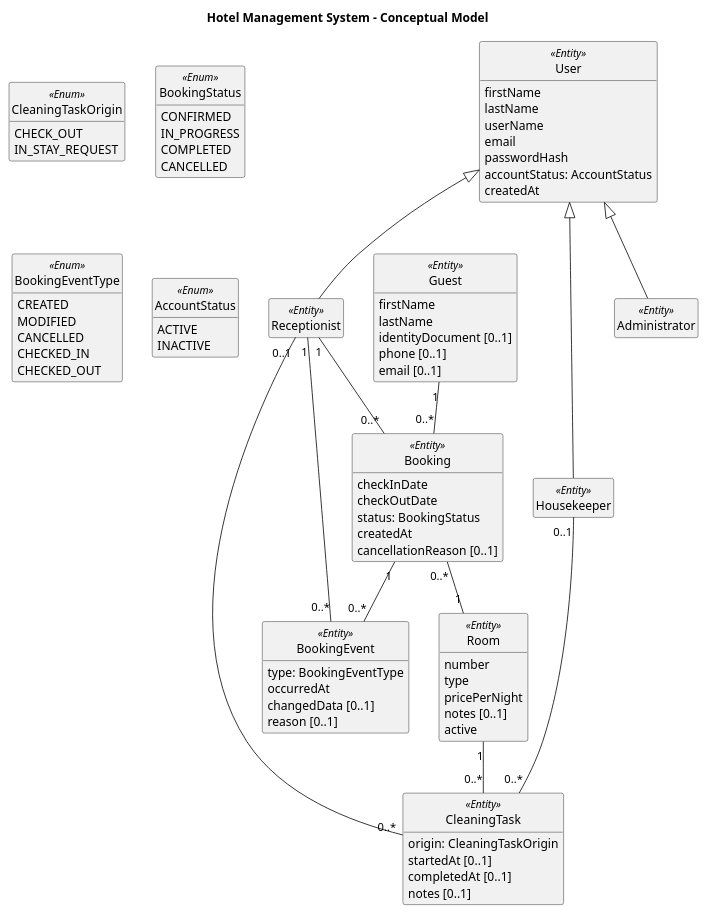
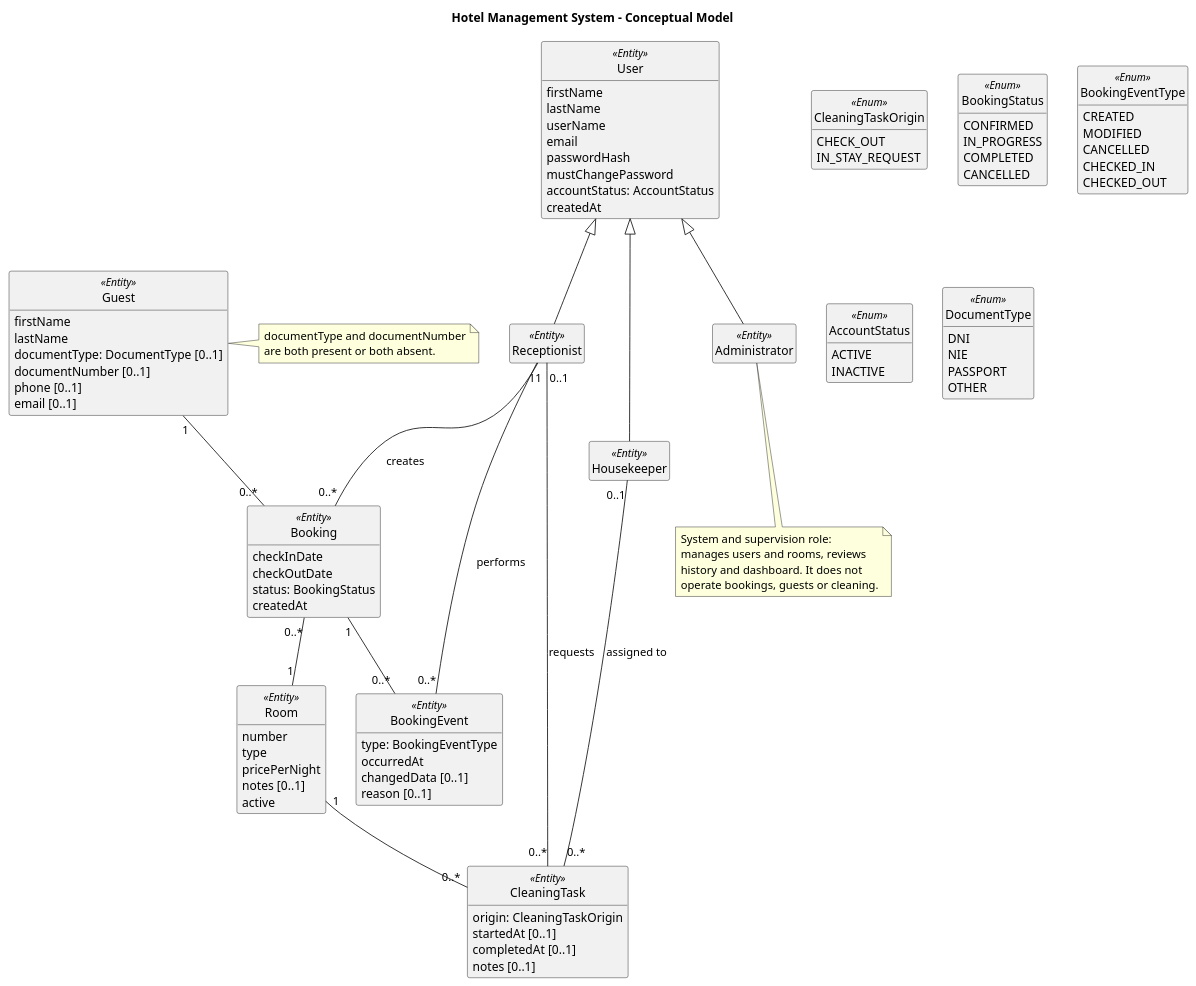
The diagram in docs/diagrams/conceptual_model.puml (VVF2245/hotel-management-system), drawn with PlantUML before and after one commit. The commit also changed 3 other files, not shown here.

First line of the commit message:
docs: limit administrator to system and supervision functions

```diff
--- a/docs/diagrams/conceptual_model.puml
+++ b/docs/diagrams/conceptual_model.puml
@@ -1,103 +1,123 @@
 @startuml ConceptualModel
 title Hotel Management System - Conceptual Model
 
 hide circle
 hide empty members
 skinparam classAttributeIconSize 0
 
 ' ===== Enums =====
 enum CleaningTaskOrigin <<Enum>> {
   CHECK_OUT
   IN_STAY_REQUEST
 }
 
 enum BookingStatus <<Enum>> {
   CONFIRMED
   IN_PROGRESS
   COMPLETED
   CANCELLED
 }
 
 enum BookingEventType <<Enum>> {
   CREATED
   MODIFIED
   CANCELLED
   CHECKED_IN
   CHECKED_OUT
 }
 
 enum AccountStatus <<Enum>> {
   ACTIVE
   INACTIVE
 }
 
+enum DocumentType <<Enum>> {
+  DNI
+  NIE
+  PASSPORT
+  OTHER
+}
+
 ' ===== Entities =====
 entity User <<Entity>> {
   firstName
   lastName
   userName
   email
   passwordHash
+  mustChangePassword
   accountStatus: AccountStatus
   createdAt
 }
 
 entity Receptionist <<Entity>>
 entity Housekeeper <<Entity>>
 entity Administrator <<Entity>>
 
 entity Guest <<Entity>> {
   firstName
   lastName
-  identityDocument [0..1]
+  documentType: DocumentType [0..1]
+  documentNumber [0..1]
   phone [0..1]
   email [0..1]
 }
+
+note right of Guest
+  documentType and documentNumber
+  are both present or both absent.
+end note
 
 entity Booking <<Entity>> {
   checkInDate
   checkOutDate
   status: BookingStatus
   createdAt
-  cancellationReason [0..1]
 }
 
 entity BookingEvent <<Entity>> {
   type: BookingEventType
   occurredAt
   changedData [0..1]
   reason [0..1]
 }
 
 entity Room <<Entity>> {
   number
   type
   pricePerNight
   notes [0..1]
   active
 }
 
 entity CleaningTask <<Entity>> {
   origin: CleaningTaskOrigin
   startedAt [0..1]
   completedAt [0..1]
   notes [0..1]
 }
 
 ' ===== Inheritance =====
 User <|-- Receptionist
 User <|-- Housekeeper
 User <|-- Administrator
 
 ' ===== Associations =====
-Receptionist "1" -- "0..*" Booking
-Receptionist "1" -- "0..*" BookingEvent
-Receptionist "0..1" -- "0..*" CleaningTask
-Housekeeper "0..1" -- "0..*" CleaningTask
+Receptionist "1" -- "0..*" Booking : creates
+Receptionist "1" -- "0..*" BookingEvent : performs
+Receptionist "0..1" -- "0..*" CleaningTask : requests
+Housekeeper "0..1" -- "0..*" CleaningTask : assigned to
+
+note bottom of Administrator
+  System and supervision role:
+  manages users and rooms, reviews
+  history and dashboard. It does not
+  operate bookings, guests or cleaning.
+end note
 
 Guest "1" -- "0..*" Booking
 Booking "1" -- "0..*" BookingEvent
 Booking "0..*" -- "1" Room
 Room "1" -- "0..*" CleaningTask
 
 @enduml
```
